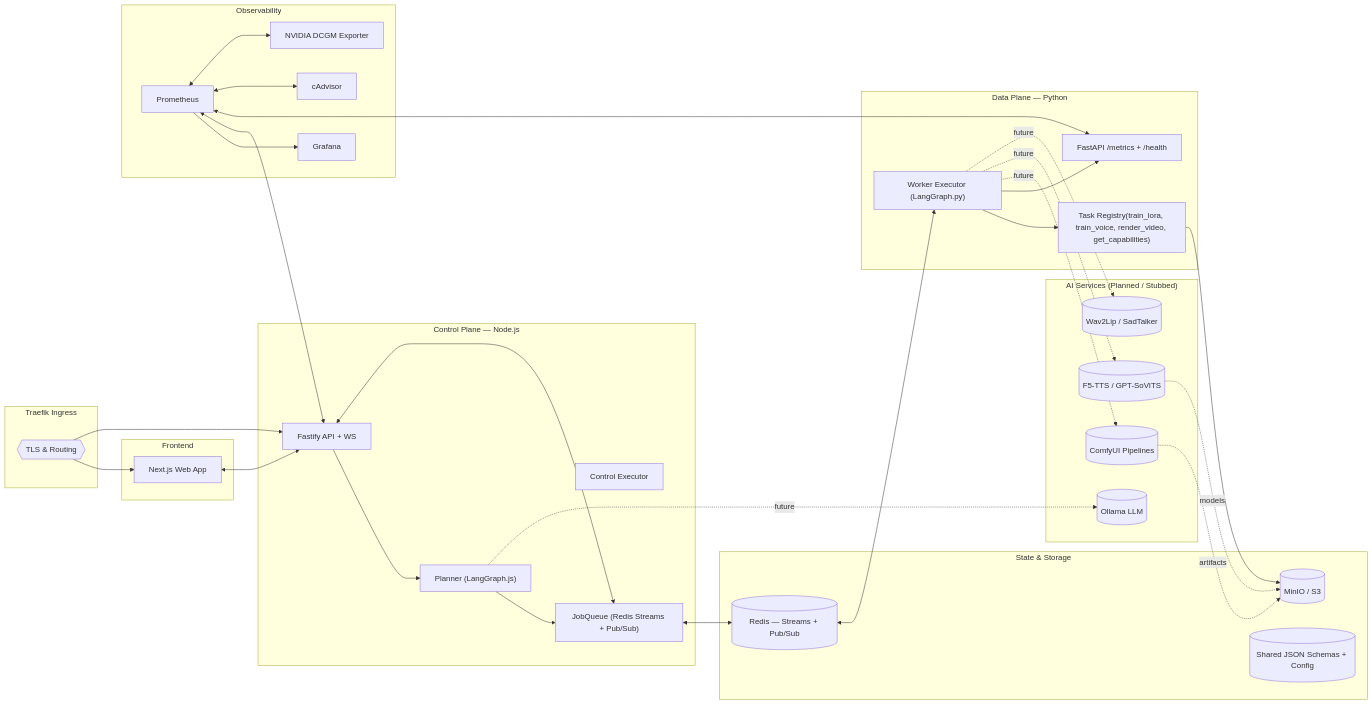
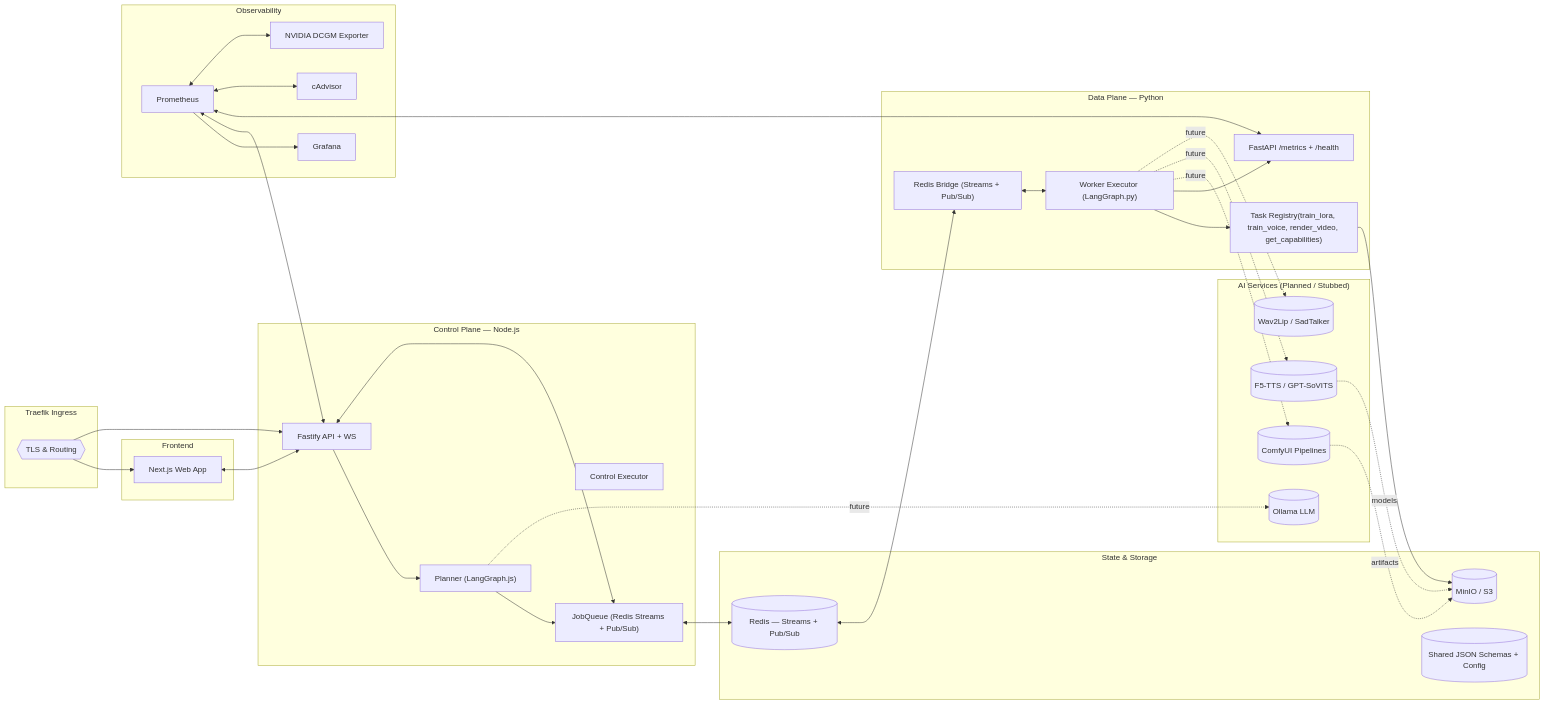
Before and after one commit to ktzevani/myspinbot: the first of 4 diagrams in docs/phase2/updates/architecture_overview.md, drawn with Mermaid. The commit also changed other lines of this file and 1 other file, not shown here.

````diff
--- a/docs/phase2/updates/architecture_overview.md
+++ b/docs/phase2/updates/architecture_overview.md
@@ -19,75 +20,77 @@
 ```mermaid
 flowchart LR
     %% Ingress & UI
     subgraph Ingress["Traefik Ingress"]
         T{{TLS & Routing}}
     end
 
     subgraph Frontend
         UI[Next.js Web App]
     end
 
     subgraph ControlPlane["Control Plane — Node.js"]
         API[Fastify API + WS]
         PLNR["Planner (LangGraph.js)"]
         EXEC[Control Executor]
         JQ["JobQueue (Redis Streams + Pub/Sub)"]
     end
 
     subgraph DataPlane["Data Plane — Python"]
         WAPI[FastAPI /metrics + /health]
         WEXEC["Worker Executor (LangGraph.py)"]
+        WBR["Redis Bridge (Streams + Pub/Sub)"]
         TASKS["Task Registry(train_lora, train_voice, render_video, get_capabilities)"]
     end
 
     subgraph Data["State & Storage"]
         R[(Redis — Streams + Pub/Sub)]
         S3[(MinIO / S3)]
         CONF[(Shared JSON Schemas + Config)]
     end
 
     subgraph Observability
         PR[Prometheus]
         GF[Grafana]
         CA[cAdvisor]
         NV[NVIDIA DCGM Exporter]
     end
 
     %% Planned external AI services (Phase 3+)
     subgraph AI_Plan["AI Services (Planned / Stubbed)"]
         CU[(ComfyUI Pipelines)]
         OL[(Ollama LLM)]
         TTS[(F5-TTS / GPT-SoVITS)]
         W2L[(Wav2Lip / SadTalker)]
     end
 
     %% Connections
     T --> UI
     T --> API
     UI <--> API
 
     API --> PLNR
     PLNR --> JQ
     API <--> JQ
 
     JQ <--> R
-    R <--> WEXEC
+    R <--> WBR
+    WBR <--> WEXEC
     WEXEC --> TASKS
     WEXEC --> WAPI
 
     TASKS --> S3
 
     PR --> GF
     PR <--> API
     PR <--> WAPI
     PR <--> CA
     PR <--> NV
 
     %% Planned integrations (not fully wired yet)
     PLNR -. future .-> OL
     WEXEC -. future .-> CU
     WEXEC -. future .-> TTS
     WEXEC -. future .-> W2L
     CU -. artifacts .-> S3
     TTS -. models .-> S3
 ```
````
